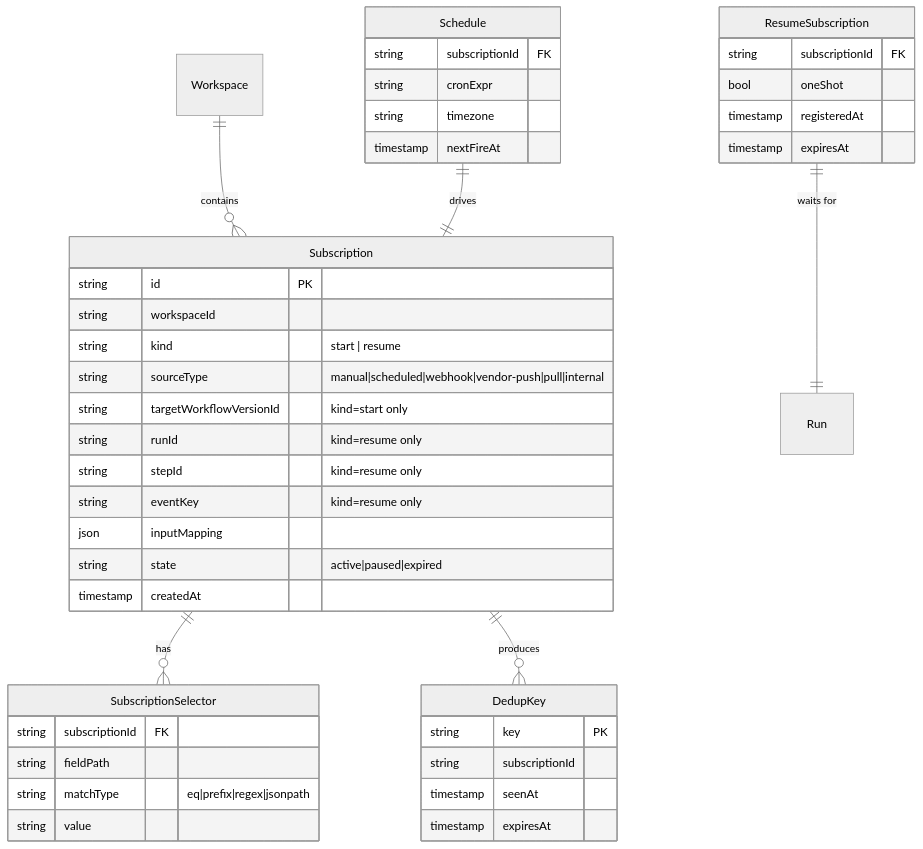
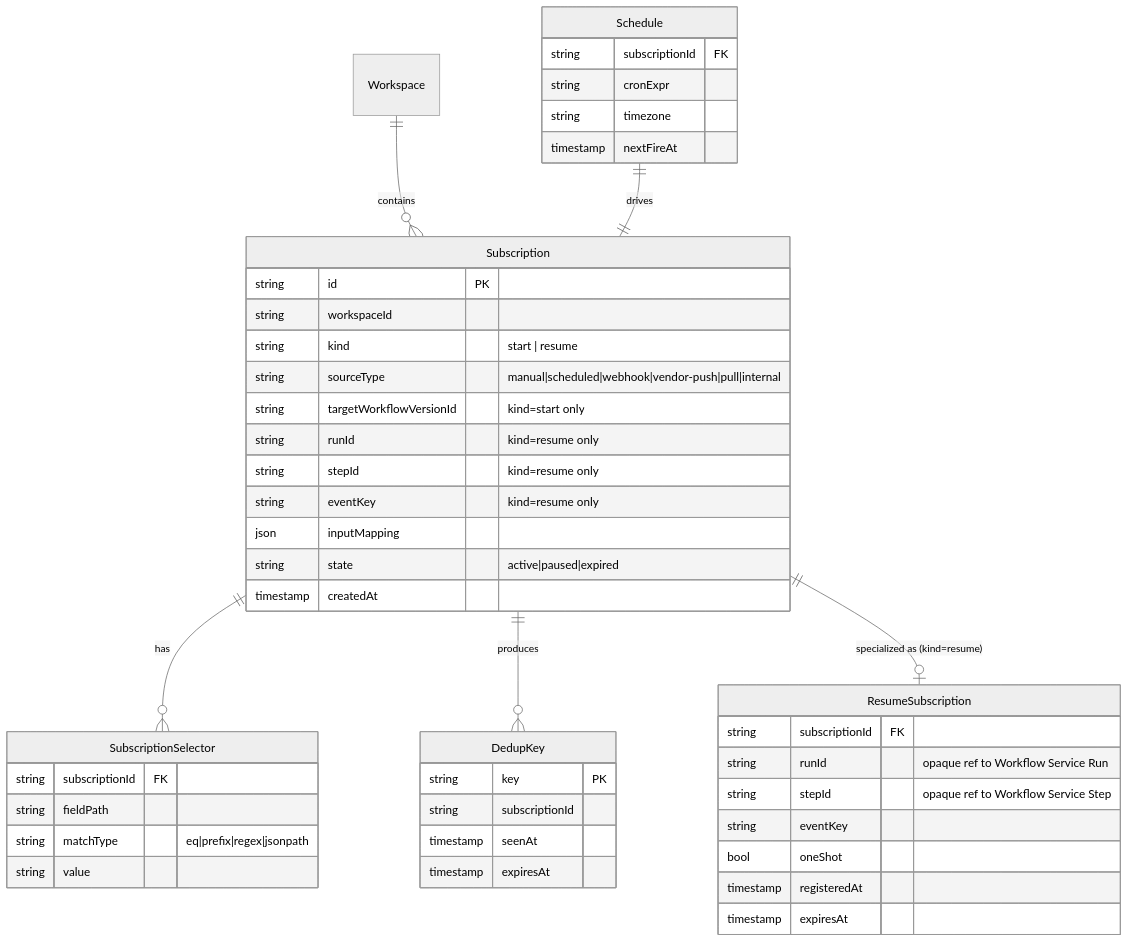
Before and after one commit to toddysm/custos: the sixth of 6 diagrams in design/components/trigger-service/design.md, drawn with Mermaid (neutral theme). The commit also changed other lines of this file and 3 other files, not shown here.

First line of the commit message:
design(trigger-service+architecture): fix Bucket E doc drift (#86, #88)

````diff
--- a/design/components/trigger-service/design.md
+++ b/design/components/trigger-service/design.md
@@ -198,50 +198,53 @@
 ```mermaid
 erDiagram
     Workspace ||--o{ Subscription : contains
     Subscription ||--o{ SubscriptionSelector : has
     Subscription ||--o{ DedupKey : produces
     Schedule ||--|| Subscription : drives
-    ResumeSubscription ||--|| Run : "waits for"
+    Subscription ||--o| ResumeSubscription : "specialized as (kind=resume)"
 
     Subscription {
         string id PK
         string workspaceId
         string kind "start | resume"
         string sourceType "manual|scheduled|webhook|vendor-push|pull|internal"
         string targetWorkflowVersionId "kind=start only"
         string runId "kind=resume only"
         string stepId "kind=resume only"
         string eventKey "kind=resume only"
         json inputMapping
         string state "active|paused|expired"
         timestamp createdAt
     }
 
     SubscriptionSelector {
         string subscriptionId FK
         string fieldPath
         string matchType "eq|prefix|regex|jsonpath"
         string value
     }
 
     Schedule {
         string subscriptionId FK
         string cronExpr
         string timezone
         timestamp nextFireAt
     }
 
     DedupKey {
         string key PK
         string subscriptionId
         timestamp seenAt
         timestamp expiresAt
     }
 
     ResumeSubscription {
         string subscriptionId FK
+        string runId "opaque ref to Workflow Service Run"
+        string stepId "opaque ref to Workflow Service Step"
+        string eventKey
         bool oneShot
         timestamp registeredAt
         timestamp expiresAt
     }
 ```
````
